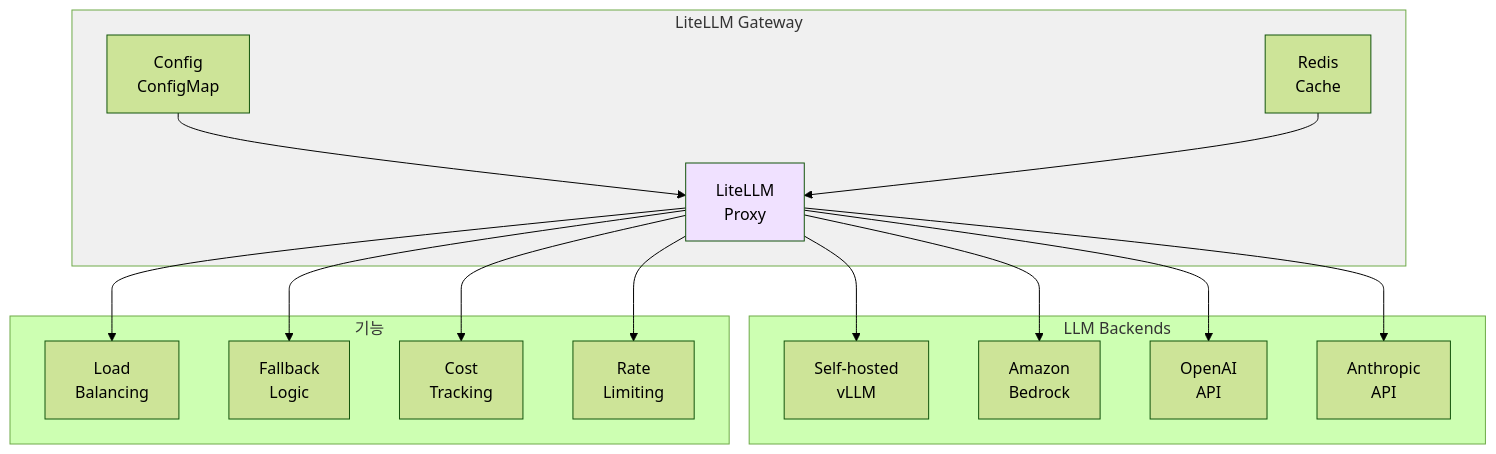
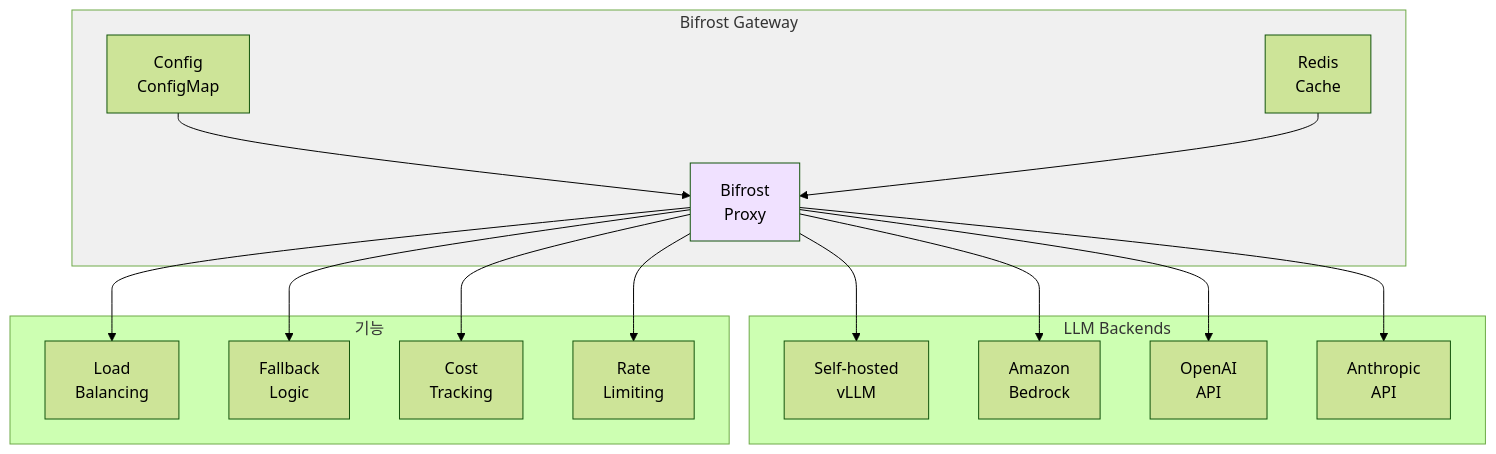
Diagram 14 of 17 in docs/agentic-ai-platform/design-architecture/agentic-ai-challenges.md (devfloor9/engineering-playbook), drawn with Mermaid (forest theme) before and after one commit. The commit also changed other lines of this file and 13 other files, not shown here.

First line of the commit message:
docs: LLM Router 기본 전환 — Bifrost (primary) + LiteLLM (alternative)

````diff
--- a/docs/agentic-ai-platform/design-architecture/agentic-ai-challenges.md
+++ b/docs/agentic-ai-platform/design-architecture/agentic-ai-challenges.md
@@ -876,36 +876,36 @@
 ```mermaid
 flowchart TD
-    subgraph Gateway["LiteLLM Gateway"]
-        PROXY["LiteLLM<br/>Proxy"]
+    subgraph Gateway["Bifrost Gateway"]
+        PROXY["Bifrost<br/>Proxy"]
         CONFIG["Config<br/>ConfigMap"]
         CACHE["Redis<br/>Cache"]
     end
 
     subgraph Backends["LLM Backends"]
         SELF["Self-hosted<br/>vLLM"]
         BEDROCK["Amazon<br/>Bedrock"]
         OPENAI["OpenAI<br/>API"]
         ANTHROPIC["Anthropic<br/>API"]
     end
 
     subgraph Features["기능"]
         LB["Load<br/>Balancing"]
         FALLBACK["Fallback<br/>Logic"]
         COST["Cost<br/>Tracking"]
         RATE["Rate<br/>Limiting"]
     end
 
     CONFIG --> PROXY
     CACHE --> PROXY
     PROXY --> SELF
     PROXY --> BEDROCK
     PROXY --> OPENAI
     PROXY --> ANTHROPIC
     PROXY --> LB
     PROXY --> FALLBACK
     PROXY --> COST
     PROXY --> RATE
 
     style PROXY fill:#f0e1ff
     style Gateway fill:#f0f0f0
 ```
````
